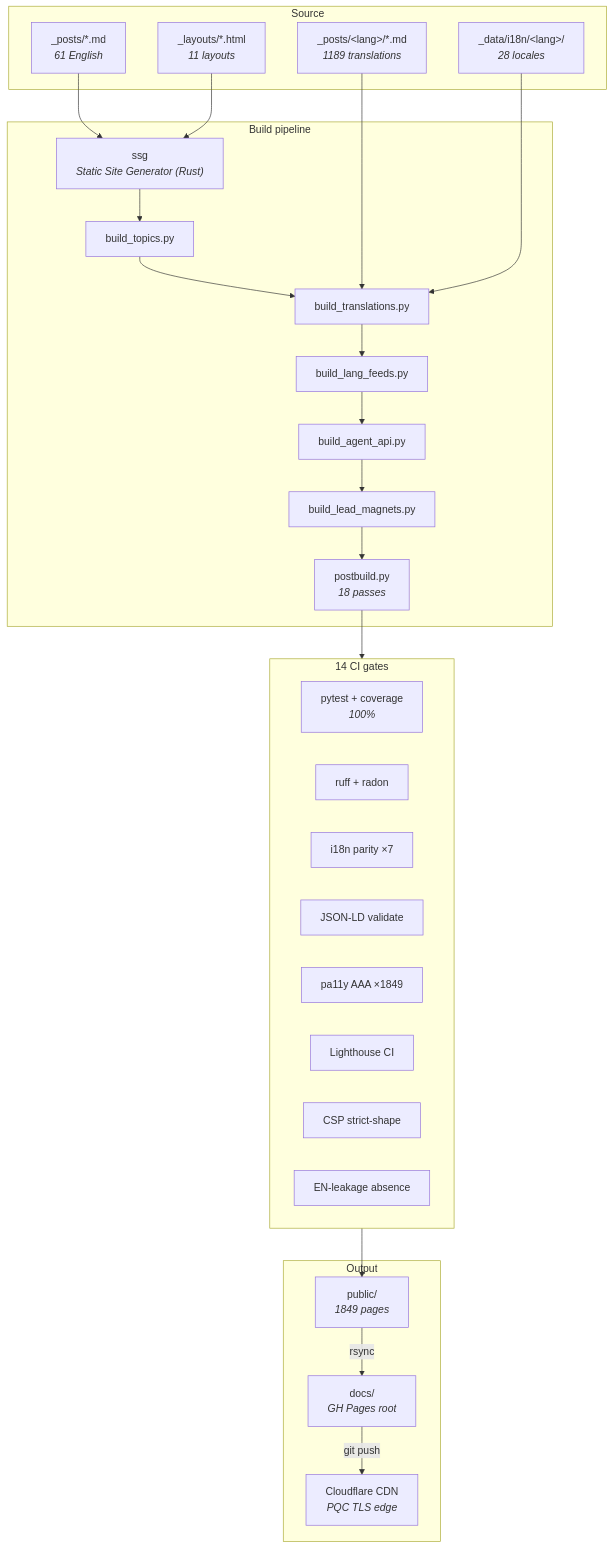
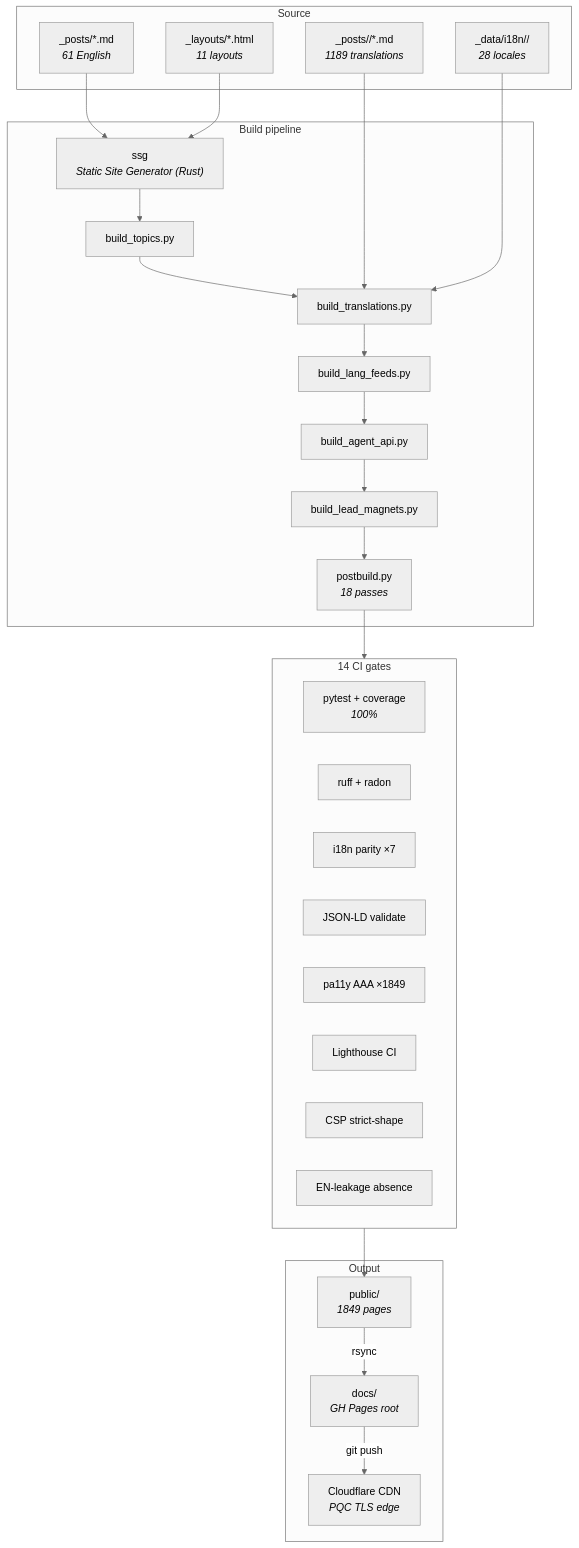
The first of 6 diagrams in README.md (sebastienrousseau/sebastienrousseau.github.io), drawn with Mermaid before and after one commit. The commit also changed other lines of this file and 6 other files, not shown here.

First line of the commit message:
docs: clean Mermaid diagrams — neutral theme, no emoji, restructured long flows

````diff
--- a/README.md
+++ b/README.md
@@ -134,51 +134,52 @@
 ```mermaid
+%%{init: {'theme':'neutral'} }%%
 flowchart TB
-    subgraph SRC["Source"]
-        EN["_posts/*.md<br/><i>61 English</i>"]
-        T["_posts/&lt;lang&gt;/*.md<br/><i>1189 translations</i>"]
-        L["_layouts/*.html<br/><i>11 layouts</i>"]
-        D["_data/i18n/&lt;lang&gt;/<br/><i>28 locales</i>"]
-    end
+ subgraph SRC["Source"]
+ EN["_posts/*.md<br/><i>61 English</i>"]
+ T["_posts/<lang>/*.md<br/><i>1189 translations</i>"]
+ L["_layouts/*.html<br/><i>11 layouts</i>"]
+ D["_data/i18n/<lang>/<br/><i>28 locales</i>"]
+ end
 
-    subgraph BUILD["Build pipeline"]
-        SSG["ssg<br/><i>Static Site Generator (Rust)</i>"]
-        BT["build_topics.py"]
-        BR["build_translations.py"]
-        BF["build_lang_feeds.py"]
-        BA["build_agent_api.py"]
-        BL["build_lead_magnets.py"]
-        PB["postbuild.py<br/><i>18 passes</i>"]
-    end
+ subgraph BUILD["Build pipeline"]
+ SSG["ssg<br/><i>Static Site Generator (Rust)</i>"]
+ BT["build_topics.py"]
+ BR["build_translations.py"]
+ BF["build_lang_feeds.py"]
+ BA["build_agent_api.py"]
+ BL["build_lead_magnets.py"]
+ PB["postbuild.py<br/><i>18 passes</i>"]
+ end
 
-    subgraph GATES["14 CI gates"]
-        G1["pytest + coverage<br/><i>100%</i>"]
-        G2["ruff + radon"]
-        G3["i18n parity ×7"]
-        G4["JSON-LD validate"]
-        G5["pa11y AAA ×1849"]
-        G6["Lighthouse CI"]
-        G7["CSP strict-shape"]
-        G8["EN-leakage absence"]
-    end
+ subgraph GATES["14 CI gates"]
+ G1["pytest + coverage<br/><i>100%</i>"]
+ G2["ruff + radon"]
+ G3["i18n parity ×7"]
+ G4["JSON-LD validate"]
+ G5["pa11y AAA ×1849"]
+ G6["Lighthouse CI"]
+ G7["CSP strict-shape"]
+ G8["EN-leakage absence"]
+ end
 
-    subgraph OUT["Output"]
-        P["public/<br/><i>1849 pages</i>"]
-        DC["docs/<br/><i>GH Pages root</i>"]
-        CF["Cloudflare CDN<br/><i>PQC TLS edge</i>"]
-    end
+ subgraph OUT["Output"]
+ P["public/<br/><i>1849 pages</i>"]
+ DC["docs/<br/><i>GH Pages root</i>"]
+ CF["Cloudflare CDN<br/><i>PQC TLS edge</i>"]
+ end
 
-    EN --> SSG
-    L --> SSG
-    SSG --> BT
-    BT --> BR
-    T --> BR
-    D --> BR
-    BR --> BF
-    BF --> BA
-    BA --> BL
-    BL --> PB
-    PB --> GATES
-    GATES --> P
-    P -->|rsync| DC
-    DC -->|git push| CF
+ EN --> SSG
+ L --> SSG
+ SSG --> BT
+ BT --> BR
+ T --> BR
+ D --> BR
+ BR --> BF
+ BF --> BA
+ BA --> BL
+ BL --> PB
+ PB --> GATES
+ GATES --> P
+ P -->|rsync| DC
+ DC -->|git push| CF
 ```
````
